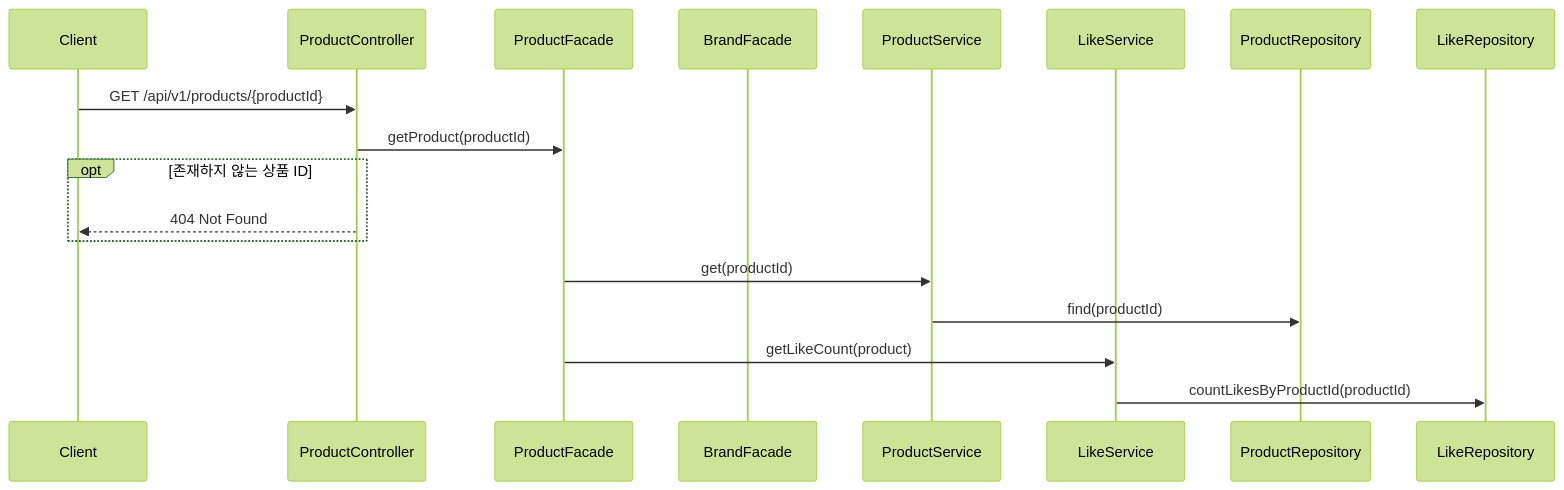
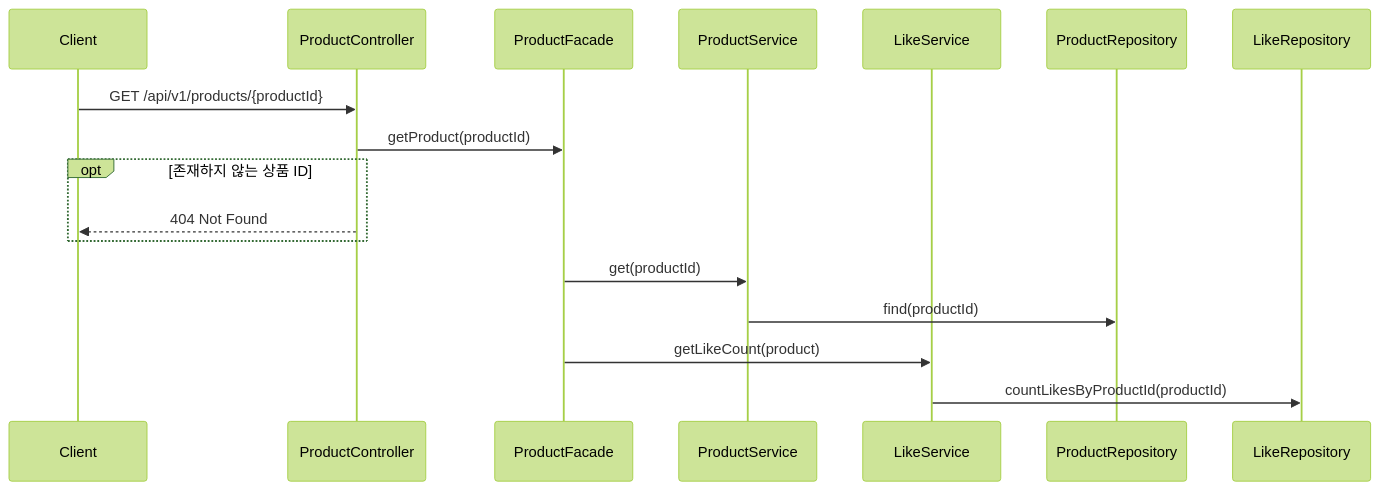
One commit to dhgu-dev/e-commerce changed the third of 9 diagrams in docs/design/02-sequence-diagrams.md. Above: the diagram before and after it, drawn with Mermaid (forest theme). The commit also changed other lines of this file and 1 other file, not shown here.

First line of the commit message:
docs: 클래스 다이어그램 작성 (#9)

````diff
--- a/docs/design/02-sequence-diagrams.md
+++ b/docs/design/02-sequence-diagrams.md
@@ -68,21 +70,20 @@
 ```mermaid
 sequenceDiagram
     participant Client
     participant ProductController
     participant ProductFacade
-    participant BrandFacade
     participant ProductService
     participant LikeService
     participant ProductRepository
     participant LikeRepository
 
     Client->>ProductController: GET /api/v1/products/{productId}
     ProductController->>ProductFacade: getProduct(productId)
     opt 존재하지 않는 상품 ID
         ProductController-->>Client: 404 Not Found
     end
     ProductFacade->>ProductService: get(productId)
     ProductService->>ProductRepository: find(productId)
     ProductFacade->>LikeService: getLikeCount(product)
     LikeService->>LikeRepository: countLikesByProductId(productId)
 ```
````
